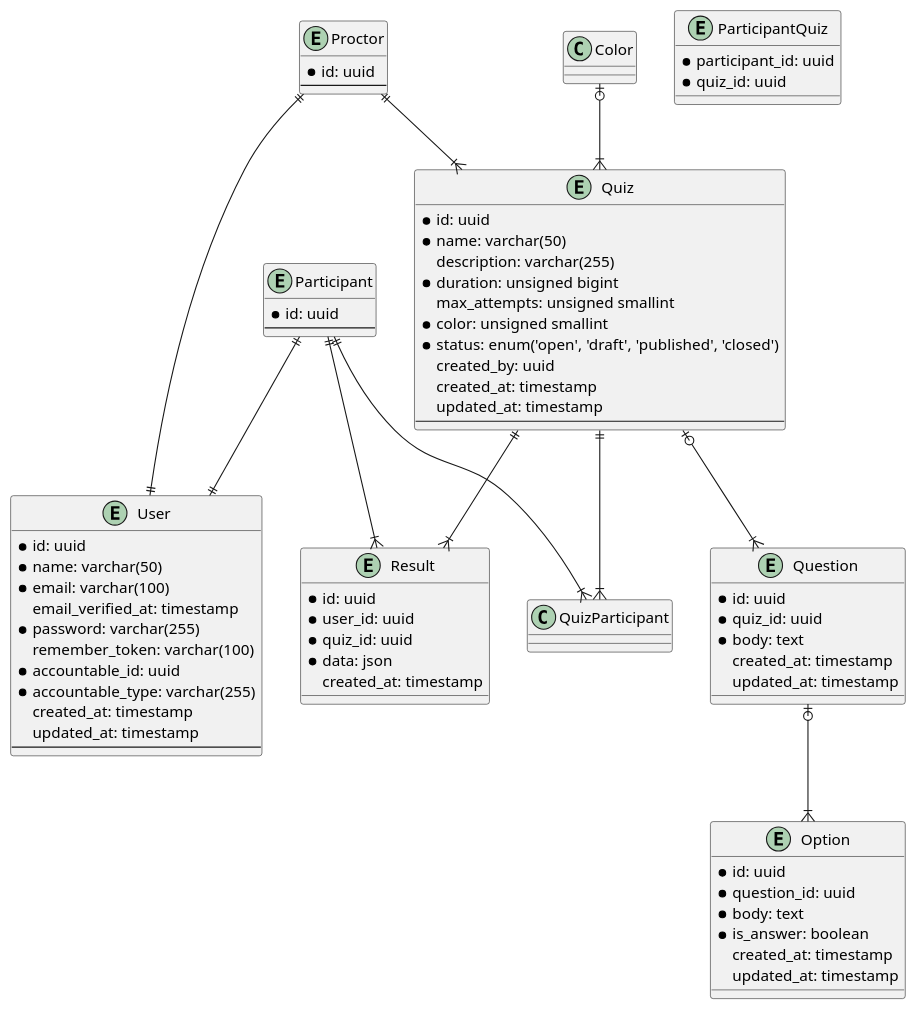
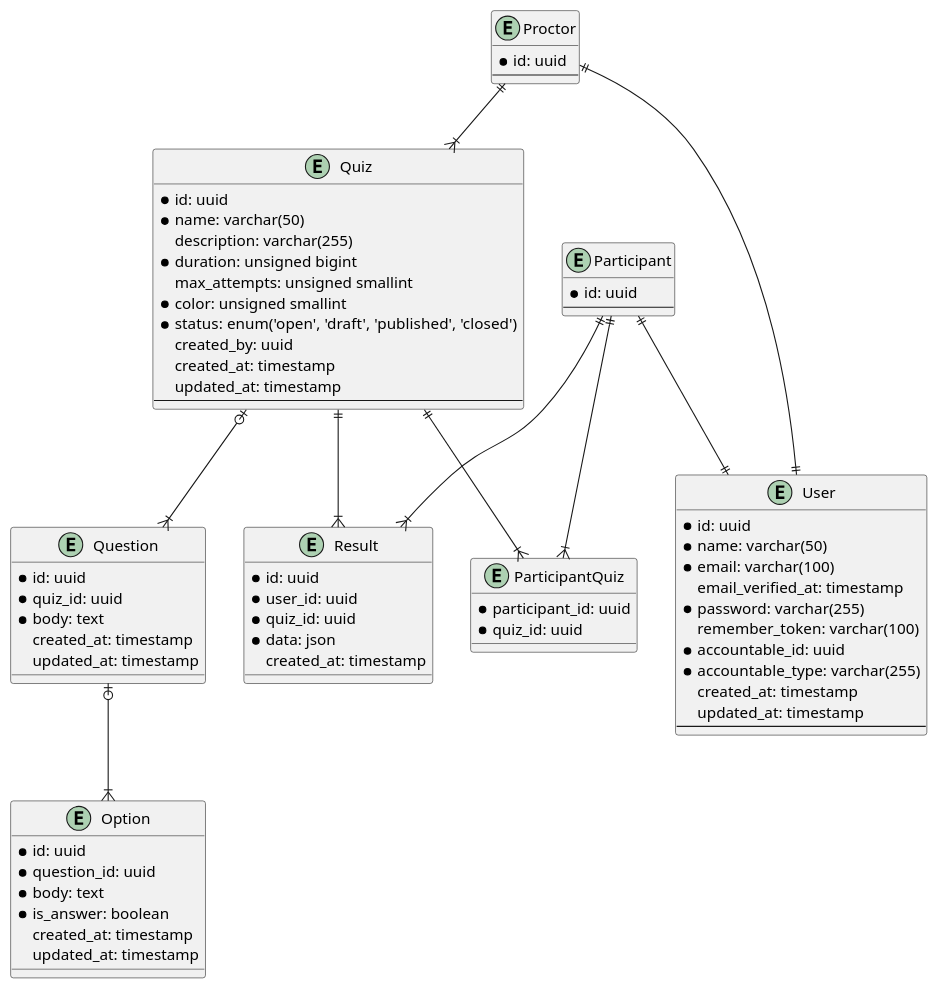
The diagram in docs/database.puml (stackpan/simpliz), drawn with PlantUML before and after one commit. The commit also changed 107 other files, not shown here.

```diff
--- a/docs/database.puml
+++ b/docs/database.puml
@@ -1,82 +1,81 @@
 @startuml
 
 entity User {
     * id: uuid
     * name: varchar(50)
     * email: varchar(100)
     email_verified_at: timestamp
     * password: varchar(255)
     remember_token: varchar(100)
     * accountable_id: uuid
     * accountable_type: varchar(255)
     created_at: timestamp
     updated_at: timestamp
     --
 }
 
 entity Participant {
     * id: uuid
     --
 }
 
 entity Proctor {
     * id: uuid
     --
 }
 
 entity Quiz {
     * id: uuid
     * name: varchar(50)
     description: varchar(255)
     * duration: unsigned bigint
     max_attempts: unsigned smallint
     * color: unsigned smallint
     * status: enum('open', 'draft', 'published', 'closed')
     created_by: uuid
     created_at: timestamp
     updated_at: timestamp
     --
 }
 
 entity Question {
     * id: uuid
     * quiz_id: uuid
     * body: text
     created_at: timestamp
     updated_at: timestamp
 }
 
 entity Option {
     * id: uuid
     * question_id: uuid
     * body: text
     * is_answer: boolean
     created_at: timestamp
     updated_at: timestamp
 }
 
 entity ParticipantQuiz {
     * participant_id: uuid
     * quiz_id: uuid
 }
 
 entity Result {
     * id: uuid
     * user_id: uuid
     * quiz_id: uuid
     * data: json
     created_at: timestamp
 }
 
-Color |o--|{ Quiz
 Quiz |o--|{ Question
 Question |o--|{ Option
 Participant ||--|| User
 Proctor ||--|| User
-Quiz ||--|{ QuizParticipant
-Participant ||--|{ QuizParticipant
+Quiz ||--|{ ParticipantQuiz
+Participant ||--|{ ParticipantQuiz
 Proctor ||--|{ Quiz
 Participant ||--|{ Result
 Quiz ||--|{ Result
 
 @enduml
```
